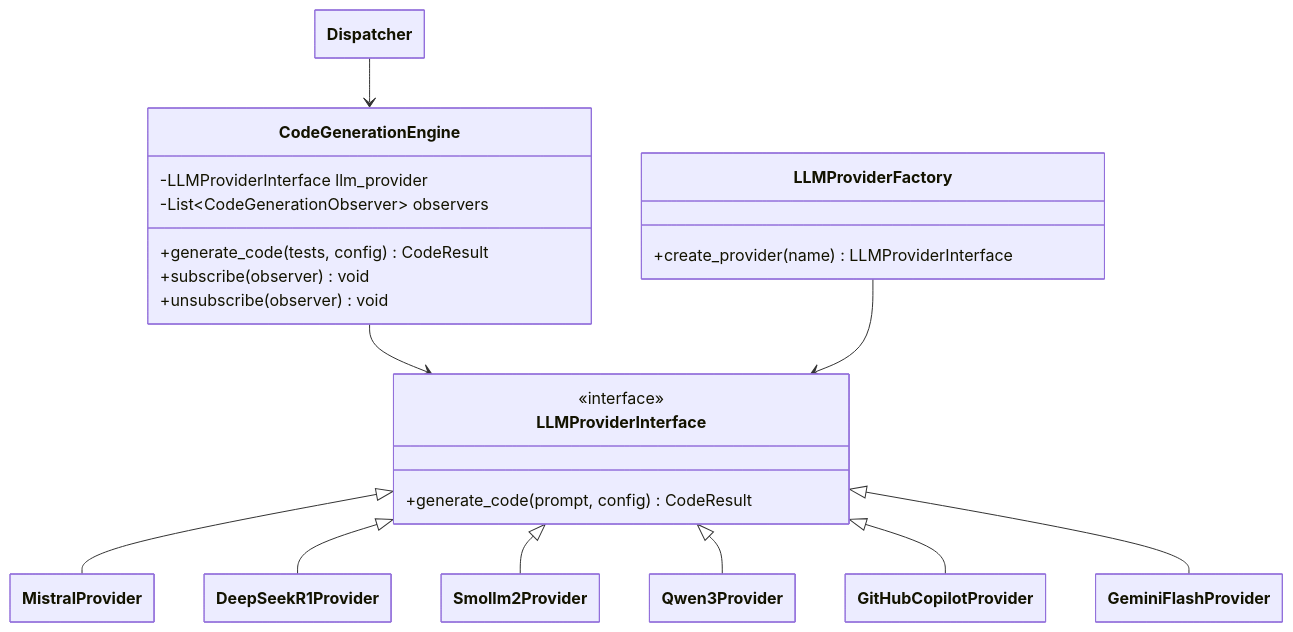
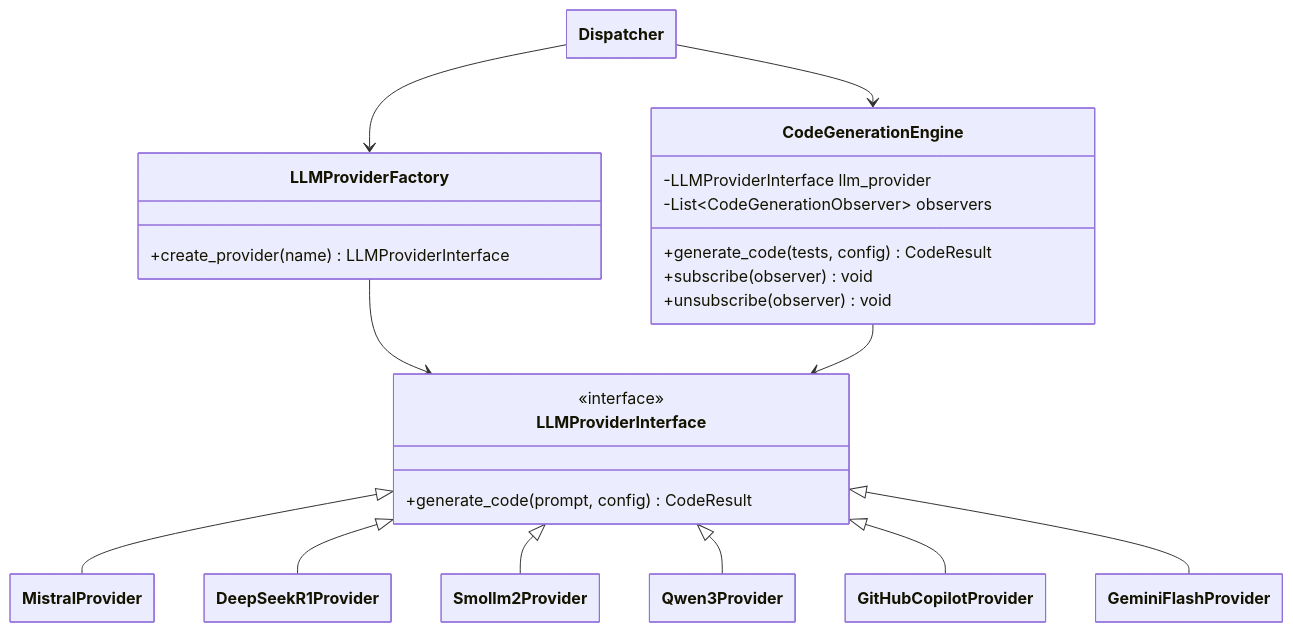
Before and after one commit to FilippoGurioli/test-2-code-llm: the fifth of 7 diagrams in docs/design.md, drawn with Mermaid. The commit also changed other lines of this file and 6 other files, not shown here.

````diff
--- a/docs/design.md
+++ b/docs/design.md
@@ -182,32 +176,33 @@
 ```mermaid
 ---
   config:
     class:
       hideEmptyMembersBox: true
 ---
 classDiagram
     class CodeGenerationEngine {
         -LLMProviderInterface llm_provider
         -List~CodeGenerationObserver~ observers
         +generate_code(tests, config) CodeResult
         +subscribe(observer) void
         +unsubscribe(observer) void
     }
     class LLMProviderInterface {
         <<interface>>
         +generate_code(prompt, config) CodeResult
     }
     class LLMProviderFactory {
         +create_provider(name) LLMProviderInterface
     }
     class Dispatcher {}
     Dispatcher --> CodeGenerationEngine
+    Dispatcher --> LLMProviderFactory
+    LLMProviderFactory --> LLMProviderInterface
     CodeGenerationEngine --> LLMProviderInterface
-    LLMProviderFactory --> LLMProviderInterface
     LLMProviderInterface <|-- MistralProvider
     LLMProviderInterface <|-- DeepSeekR1Provider
     LLMProviderInterface <|-- Smollm2Provider
     LLMProviderInterface <|-- Qwen3Provider
     LLMProviderInterface <|-- GitHubCopilotProvider
     LLMProviderInterface <|-- GeminiFlashProvider
 ```
````
